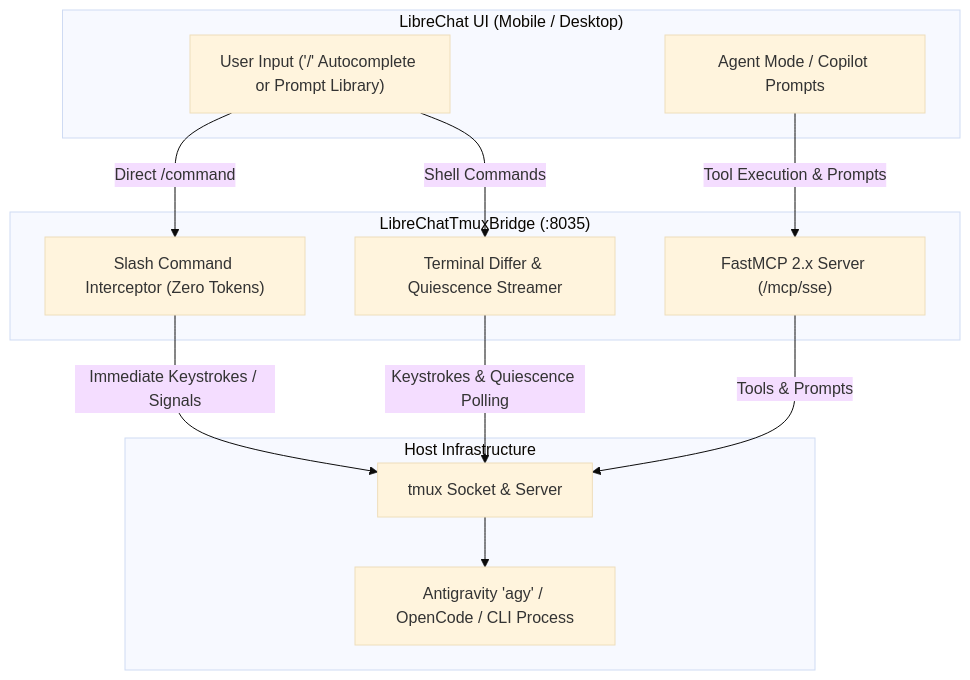
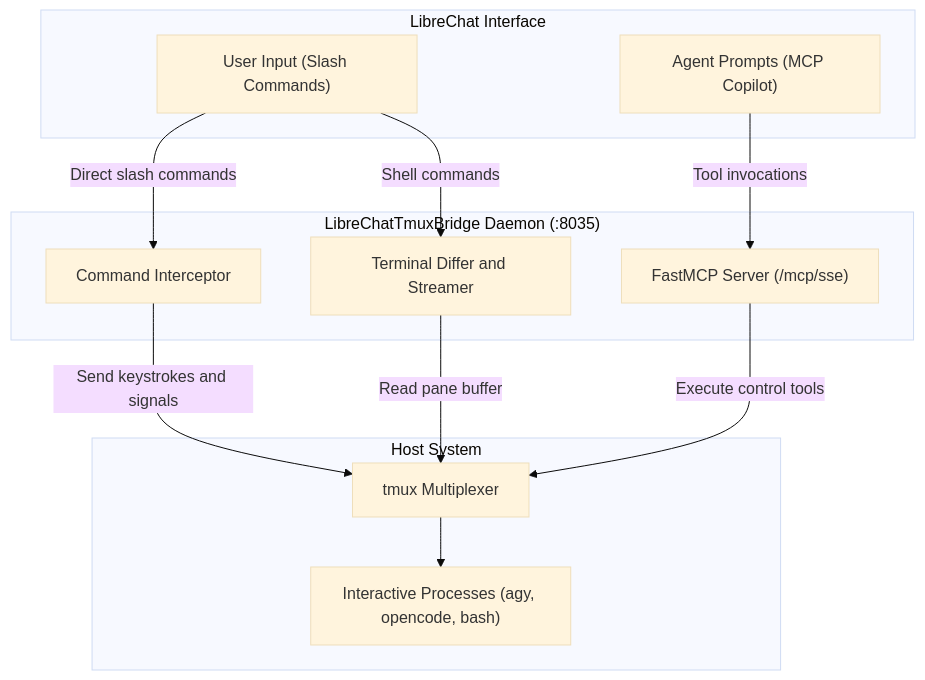
Before and after one commit to spelech/LibreChatTmuxBridge: the diagram in docs/guide/slash-commands.md, drawn with Mermaid (base theme). The commit also changed other lines of this file and 10 other files, not shown here.

````diff
--- a/docs/guide/slash-commands.md
+++ b/docs/guide/slash-commands.md
@@ -9,27 +7,27 @@
 ```mermaid
 flowchart TD
-    subgraph Client["LibreChat UI (Mobile / Desktop)"]
-        UI_Input["User Input ('/' Autocomplete or Prompt Library)"]
-        Agent_Prompt["Agent Mode / Copilot Prompts"]
+    subgraph Client ["LibreChat Interface"]
+        UI_Input["User Input (Slash Commands)"]
+        Agent_Prompt["Agent Prompts (MCP Copilot)"]
     end
 
-    subgraph Bridge["LibreChatTmuxBridge (:8035)"]
-        Parser["Slash Command Interceptor (Zero Tokens)"]
-        Streamer["Terminal Differ & Quiescence Streamer"]
-        MCP["FastMCP 2.x Server (/mcp/sse)"]
+    subgraph Bridge ["LibreChatTmuxBridge Daemon (:8035)"]
+        Parser["Command Interceptor"]
+        Streamer["Terminal Differ and Streamer"]
+        MCP["FastMCP Server (/mcp/sse)"]
     end
 
-    subgraph Host["Host Infrastructure"]
-        Tmux["tmux Socket & Server"]
-        Agent["Antigravity 'agy' / OpenCode / CLI Process"]
+    subgraph Host ["Host System"]
+        Tmux["tmux Multiplexer"]
+        Agent["Interactive Processes (agy, opencode, bash)"]
     end
 
-    UI_Input -->|Direct /command| Parser
-    UI_Input -->|Shell Commands| Streamer
-    Agent_Prompt -->|Tool Execution & Prompts| MCP
+    UI_Input -->|"Direct slash commands"| Parser
+    UI_Input -->|"Shell commands"| Streamer
+    Agent_Prompt -->|"Tool invocations"| MCP
 
-    Parser -->|Immediate Keystrokes / Signals| Tmux
-    Streamer -->|Keystrokes & Quiescence Polling| Tmux
-    MCP -->|Tools & Prompts| Tmux
+    Parser -->|"Send keystrokes and signals"| Tmux
+    Streamer -->|"Read pane buffer"| Tmux
+    MCP -->|"Execute control tools"| Tmux
     Tmux --> Agent
 ```
````
